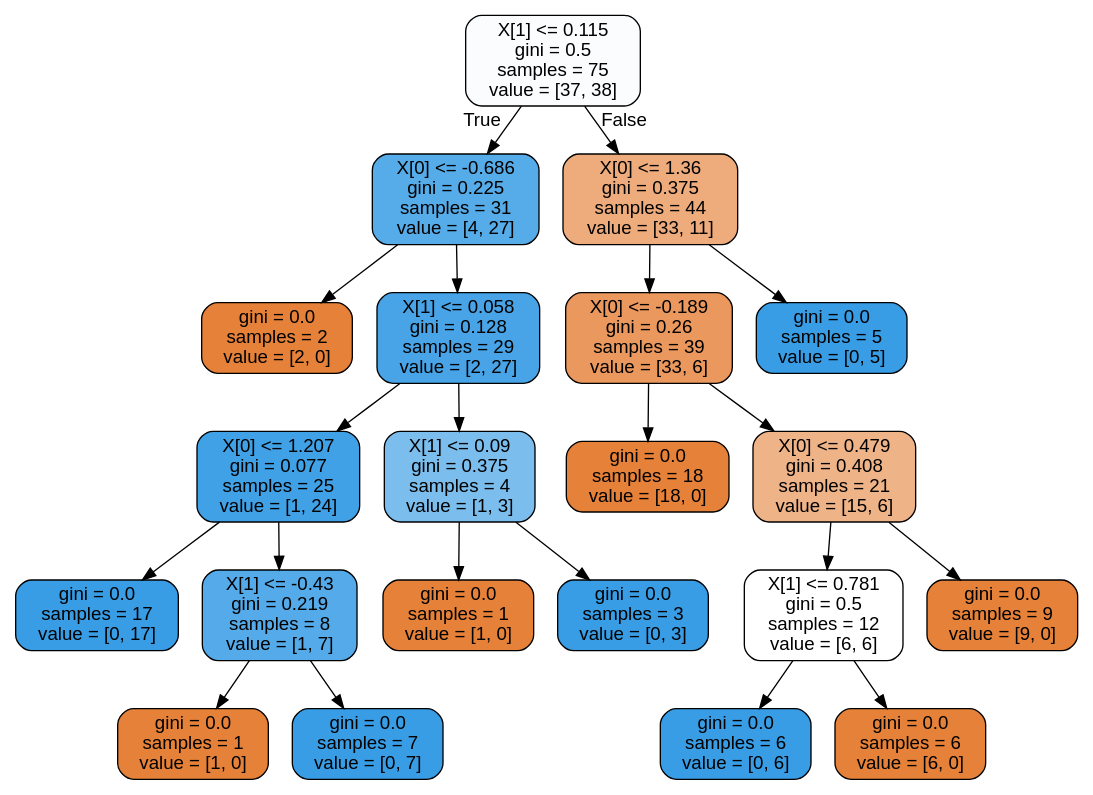
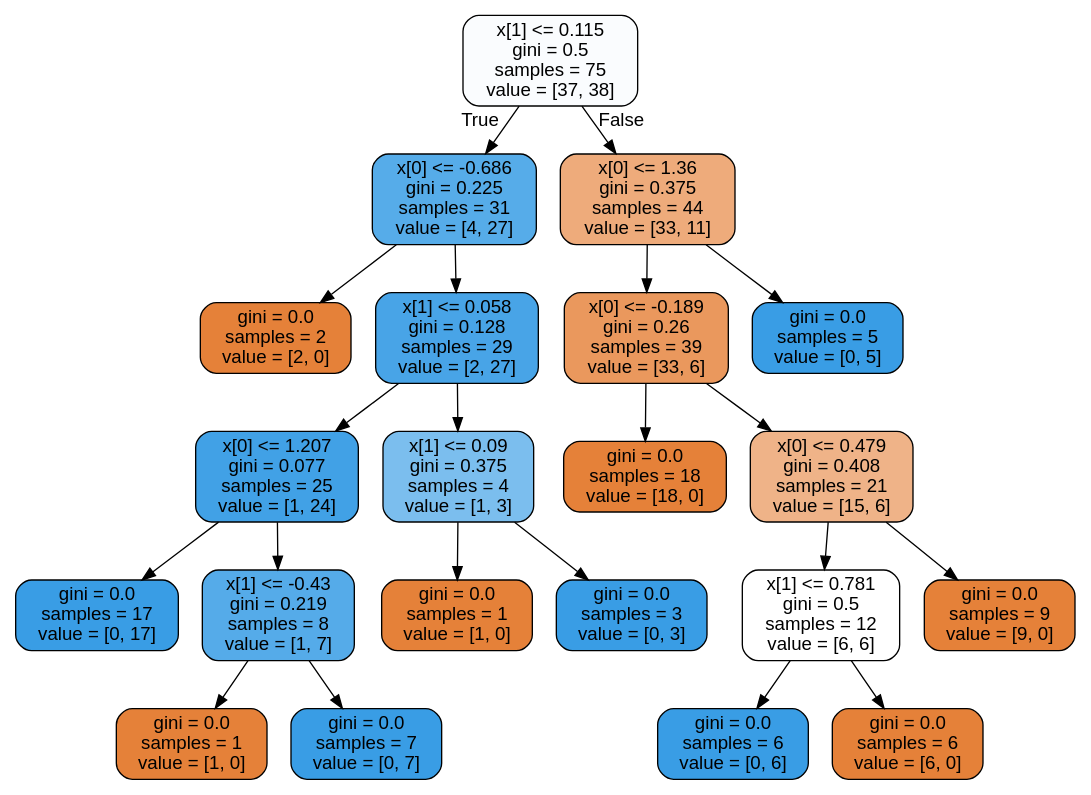
Before and after one commit to CompPhysics/MachineLearning: the diagram in doc/LectureNotes/DataFiles/moons.dot, drawn with Graphviz. The commit also changed 344 other files, not shown here.

```diff
--- a/doc/LectureNotes/DataFiles/moons.dot
+++ b/doc/LectureNotes/DataFiles/moons.dot
@@ -1,45 +1,45 @@
 digraph Tree {
 node [shape=box, style="filled, rounded", color="black", fontname="helvetica"] ;
 edge [fontname="helvetica"] ;
-0 [label="X[1] <= 0.115\ngini = 0.5\nsamples = 75\nvalue = [37, 38]", fillcolor="#fafcfe"] ;
-1 [label="X[0] <= -0.686\ngini = 0.225\nsamples = 31\nvalue = [4, 27]", fillcolor="#56ace9"] ;
+0 [label="x[1] <= 0.115\ngini = 0.5\nsamples = 75\nvalue = [37, 38]", fillcolor="#fafcfe"] ;
+1 [label="x[0] <= -0.686\ngini = 0.225\nsamples = 31\nvalue = [4, 27]", fillcolor="#56ace9"] ;
 0 -> 1 [labeldistance=2.5, labelangle=45, headlabel="True"] ;
 2 [label="gini = 0.0\nsamples = 2\nvalue = [2, 0]", fillcolor="#e58139"] ;
 1 -> 2 ;
-3 [label="X[1] <= 0.058\ngini = 0.128\nsamples = 29\nvalue = [2, 27]", fillcolor="#48a4e7"] ;
+3 [label="x[1] <= 0.058\ngini = 0.128\nsamples = 29\nvalue = [2, 27]", fillcolor="#48a4e7"] ;
 1 -> 3 ;
-4 [label="X[0] <= 1.207\ngini = 0.077\nsamples = 25\nvalue = [1, 24]", fillcolor="#41a1e6"] ;
+4 [label="x[0] <= 1.207\ngini = 0.077\nsamples = 25\nvalue = [1, 24]", fillcolor="#41a1e6"] ;
 3 -> 4 ;
 5 [label="gini = 0.0\nsamples = 17\nvalue = [0, 17]", fillcolor="#399de5"] ;
 4 -> 5 ;
-6 [label="X[1] <= -0.43\ngini = 0.219\nsamples = 8\nvalue = [1, 7]", fillcolor="#55abe9"] ;
+6 [label="x[1] <= -0.43\ngini = 0.219\nsamples = 8\nvalue = [1, 7]", fillcolor="#55abe9"] ;
 4 -> 6 ;
 7 [label="gini = 0.0\nsamples = 1\nvalue = [1, 0]", fillcolor="#e58139"] ;
 6 -> 7 ;
 8 [label="gini = 0.0\nsamples = 7\nvalue = [0, 7]", fillcolor="#399de5"] ;
 6 -> 8 ;
-9 [label="X[1] <= 0.09\ngini = 0.375\nsamples = 4\nvalue = [1, 3]", fillcolor="#7bbeee"] ;
+9 [label="x[1] <= 0.09\ngini = 0.375\nsamples = 4\nvalue = [1, 3]", fillcolor="#7bbeee"] ;
 3 -> 9 ;
 10 [label="gini = 0.0\nsamples = 1\nvalue = [1, 0]", fillcolor="#e58139"] ;
 9 -> 10 ;
 11 [label="gini = 0.0\nsamples = 3\nvalue = [0, 3]", fillcolor="#399de5"] ;
 9 -> 11 ;
-12 [label="X[0] <= 1.36\ngini = 0.375\nsamples = 44\nvalue = [33, 11]", fillcolor="#eeab7b"] ;
+12 [label="x[0] <= 1.36\ngini = 0.375\nsamples = 44\nvalue = [33, 11]", fillcolor="#eeab7b"] ;
 0 -> 12 [labeldistance=2.5, labelangle=-45, headlabel="False"] ;
-13 [label="X[0] <= -0.189\ngini = 0.26\nsamples = 39\nvalue = [33, 6]", fillcolor="#ea985d"] ;
+13 [label="x[0] <= -0.189\ngini = 0.26\nsamples = 39\nvalue = [33, 6]", fillcolor="#ea985d"] ;
 12 -> 13 ;
 14 [label="gini = 0.0\nsamples = 18\nvalue = [18, 0]", fillcolor="#e58139"] ;
 13 -> 14 ;
-15 [label="X[0] <= 0.479\ngini = 0.408\nsamples = 21\nvalue = [15, 6]", fillcolor="#efb388"] ;
+15 [label="x[0] <= 0.479\ngini = 0.408\nsamples = 21\nvalue = [15, 6]", fillcolor="#efb388"] ;
 13 -> 15 ;
-16 [label="X[1] <= 0.781\ngini = 0.5\nsamples = 12\nvalue = [6, 6]", fillcolor="#ffffff"] ;
+16 [label="x[1] <= 0.781\ngini = 0.5\nsamples = 12\nvalue = [6, 6]", fillcolor="#ffffff"] ;
 15 -> 16 ;
 17 [label="gini = 0.0\nsamples = 6\nvalue = [0, 6]", fillcolor="#399de5"] ;
 16 -> 17 ;
 18 [label="gini = 0.0\nsamples = 6\nvalue = [6, 0]", fillcolor="#e58139"] ;
 16 -> 18 ;
 19 [label="gini = 0.0\nsamples = 9\nvalue = [9, 0]", fillcolor="#e58139"] ;
 15 -> 19 ;
 20 [label="gini = 0.0\nsamples = 5\nvalue = [0, 5]", fillcolor="#399de5"] ;
 12 -> 20 ;
 }
```
